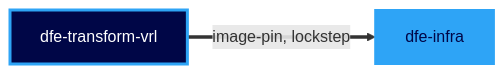
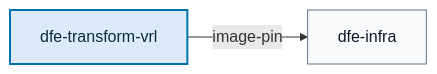
One commit to hyperi-io/dfe-infra changed diagram 17 of 19 in docs/suite-graph.md. Above: the diagram before and after it, drawn with Mermaid. The commit also changed other lines of this file and 5 other files, not shown here.

First line of the commit message:
fix(suite-graph): draw the suite diagrams to the diagram standard

````diff
--- a/docs/suite-graph.md
+++ b/docs/suite-graph.md
@@ -341,8 +502,14 @@
 ```mermaid
 flowchart LR
-  dfe_transform_vrl["dfe-transform-vrl"]:::producer
-  dfe_infra["dfe-infra"]:::suite
-  dfe_transform_vrl ==>|image-pin, lockstep| dfe_infra
-  classDef suite fill:#2EA4F6,stroke:#2EA4F6,stroke-width:2px,color:#000647
-  classDef producer fill:#000647,stroke:#2EA4F6,stroke-width:3px,color:#FFFFFF
+    accTitle: L4 Detail -- dfe-transform-vrl build cycle
+    accDescr: A dfe-transform-vrl release puts 1 consumer in motion. dfe-infra takes image-pin.
+
+    dfe_transform_vrl["dfe-transform-vrl"]
+    dfe_infra["dfe-infra"]
+
+    dfe_transform_vrl -->|image-pin| dfe_infra
+
+    classDef default fill:#F8FAFC,stroke:#64748B,stroke-width:1px,color:#0F172A
+    classDef core fill:#DCEBF7,stroke:#0072B2,stroke-width:2px,color:#0B2A3F
+    class dfe_transform_vrl core
 ```
````
